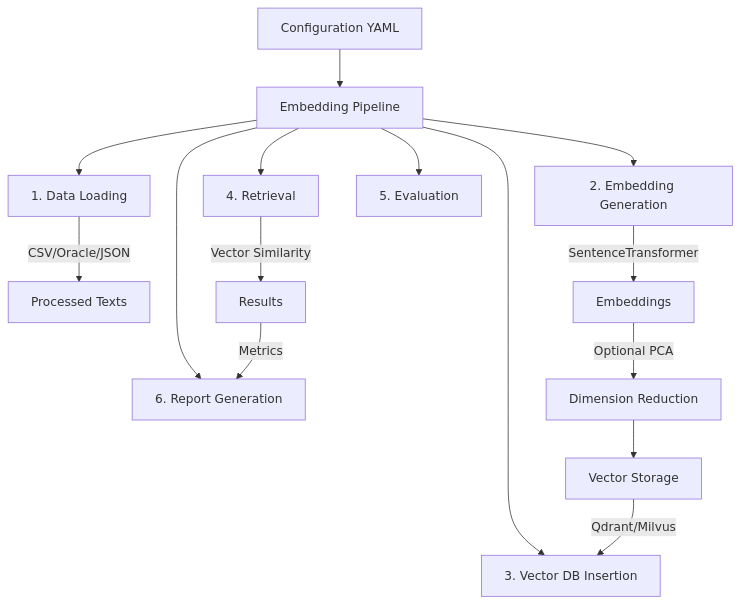
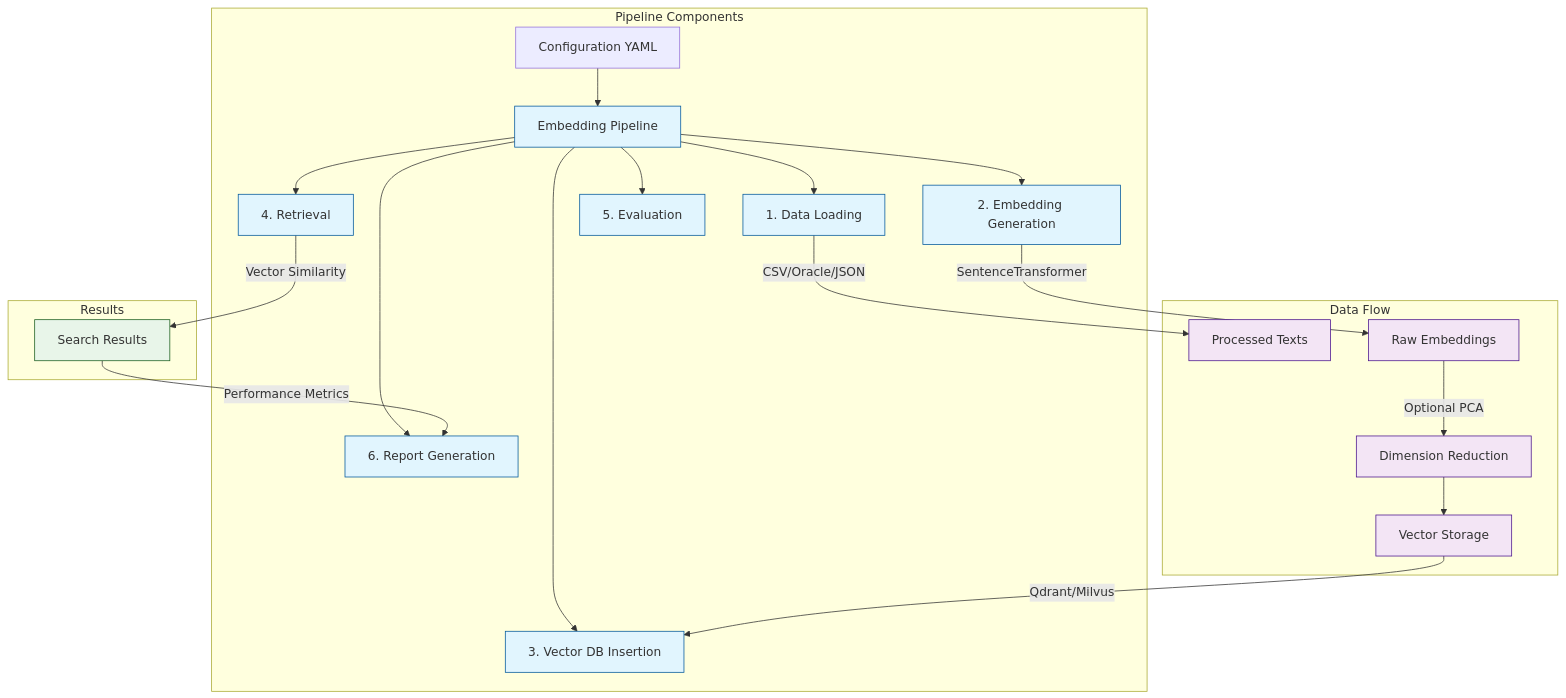
One commit to chaitu-padi/embed_model_eval changed the first of 4 diagrams in README.md. Above: the diagram before and after it, drawn with Mermaid. The commit also changed other lines of this file, not shown here.

Commit message:
architecture update

````diff
--- a/README.md
+++ b/README.md
@@ -7,18 +10,33 @@
 ```mermaid
 graph TD
-    Config[Configuration YAML] --> Pipeline[Embedding Pipeline]
-    Pipeline --> DataLoad[1. Data Loading]
-    Pipeline --> EmbGen[2. Embedding Generation]
-    Pipeline --> VectorDB[3. Vector DB Insertion]
-    Pipeline --> Retrieval[4. Retrieval]
-    Pipeline --> Eval[5. Evaluation]
-    Pipeline --> Report[6. Report Generation]
+    subgraph Pipeline Components
+        Config[Configuration YAML] --> Pipeline[Embedding Pipeline]
+        Pipeline --> DataLoad[1. Data Loading]
+        Pipeline --> EmbGen[2. Embedding Generation]
+        Pipeline --> VectorDB[3. Vector DB Insertion]
+        Pipeline --> Retrieval[4. Retrieval]
+        Pipeline --> Eval[5. Evaluation]
+        Pipeline --> Report[6. Report Generation]
+    end
 
-    DataLoad --> |CSV/Oracle/JSON| Texts[Processed Texts]
-    EmbGen --> |SentenceTransformer| Embeddings
-    Embeddings --> |Optional PCA| DimReduction[Dimension Reduction]
-    DimReduction --> VectorStorage[Vector Storage]
-    VectorStorage --> |Qdrant/Milvus| VectorDB
-    Retrieval --> |Vector Similarity| Results
-    Results --> |Metrics| Report
+    subgraph Data Flow
+        DataLoad --> |CSV/Oracle/JSON| Texts[Processed Texts]
+        EmbGen --> |SentenceTransformer| Embeddings[Raw Embeddings]
+        Embeddings --> |Optional PCA| DimReduction[Dimension Reduction]
+        DimReduction --> VectorStorage[Vector Storage]
+        VectorStorage --> |Qdrant/Milvus| VectorDB
+    end
+
+    subgraph Results
+        Retrieval --> |Vector Similarity| SearchResults[Search Results]
+        SearchResults --> |Performance Metrics| Report
+    end
+
+    classDef pipeline fill:#e1f5fe,stroke:#01579b;
+    classDef dataflow fill:#f3e5f5,stroke:#4a148c;
+    classDef results fill:#e8f5e9,stroke:#1b5e20;
+    
+    class Pipeline,DataLoad,EmbGen,VectorDB,Retrieval,Eval,Report pipeline;
+    class Texts,Embeddings,DimReduction,VectorStorage dataflow;
+    class SearchResults results;
 ```
````
